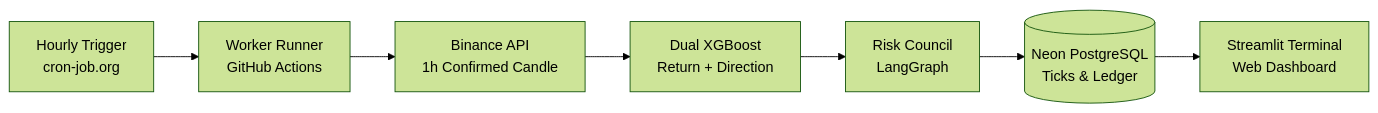
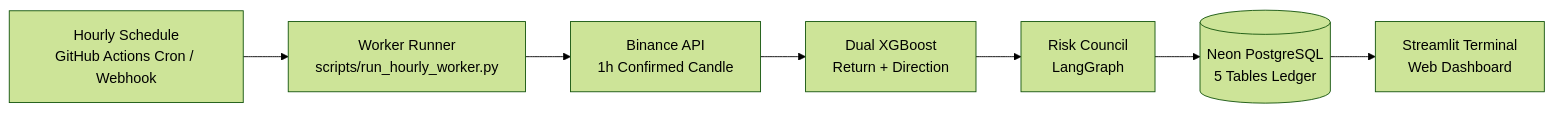
The diagram in README.md (MohitSingh-2335/Mudra), drawn with Mermaid (forest theme) before and after one commit. The commit also changed other lines of this file, not shown here.

Commit message:
docs(readme): synchronize architectural schemas, execution invariants, and operational runbook

````diff
--- a/README.md
+++ b/README.md
@@ -40,9 +40,9 @@
 ```mermaid
 flowchart LR
-    CRON[Hourly Trigger<br/>cron-job.org] --> WORKER[Worker Runner<br/>GitHub Actions]
+    CRON[Hourly Schedule<br/>GitHub Actions Cron / Webhook] --> WORKER[Worker Runner<br/>scripts/run_hourly_worker.py]
     WORKER --> DATA[Binance API<br/>1h Confirmed Candle]
     DATA --> MODELS[Dual XGBoost<br/>Return + Direction]
     MODELS --> COUNCIL[Risk Council<br/>LangGraph]
-    COUNCIL --> DB[(Neon PostgreSQL<br/>Ticks & Ledger)]
+    COUNCIL --> DB[(Neon PostgreSQL<br/>5 Tables Ledger)]
     DB --> UI[Streamlit Terminal<br/>Web Dashboard]
 ```
````
